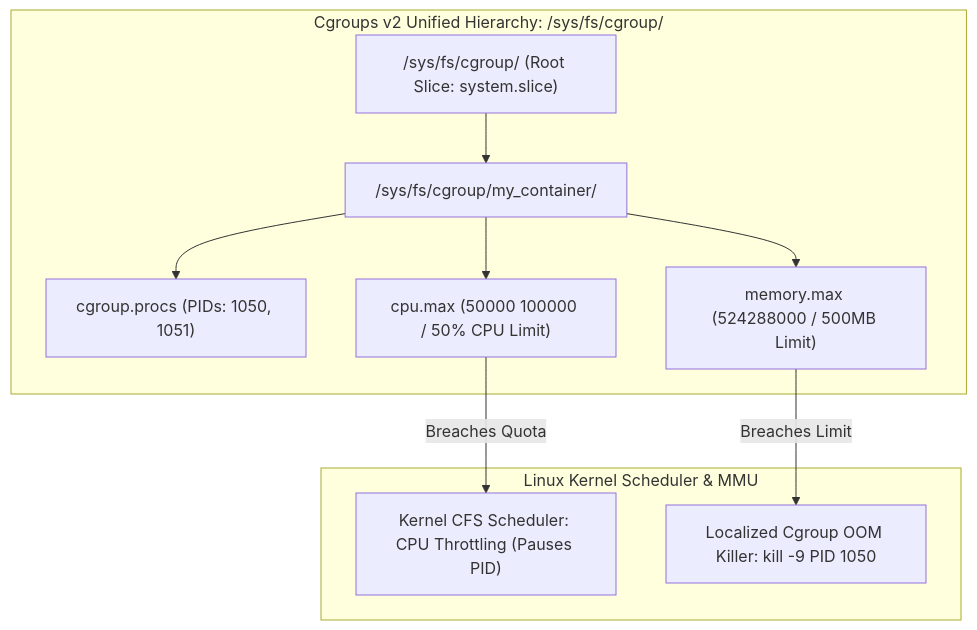
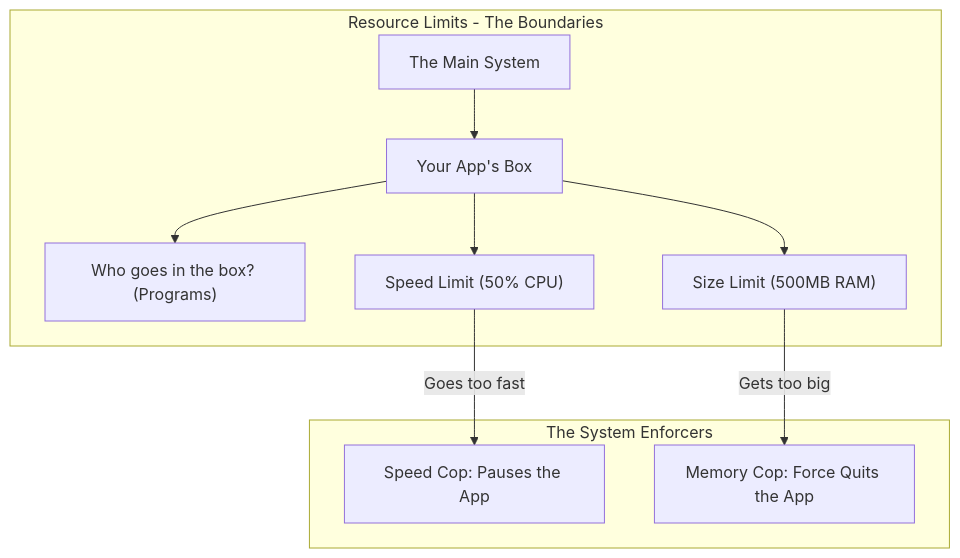
One commit to aloysiuspattath/platform-engineering-ai-course changed the diagram in website/pages/modules/module-03/lesson-06.md. Above: the diagram before and after it, drawn with Mermaid. The commit also changed other lines of this file and 56 other files, not shown here.

Commit message:
refactor: simplify all architecture diagrams and explanations to layman's terms via AI subagent swarm

````diff
--- a/website/pages/modules/module-03/lesson-06.md
+++ b/website/pages/modules/module-03/lesson-06.md
@@ -89,14 +89,14 @@
 ```mermaid
 flowchart TD
-    subgraph SysCgroupFS [Cgroups v2 Unified Hierarchy: /sys/fs/cgroup/]
-        ROOT["/sys/fs/cgroup/ (Root Slice: system.slice)"] --> CG_APP["/sys/fs/cgroup/my_container/"]
-        CG_APP --> PROCS["cgroup.procs (PIDs: 1050, 1051)"]
-        CG_APP --> CPU["cpu.max (50000 100000 / 50% CPU Limit)"]
-        CG_APP --> MEM["memory.max (524288000 / 500MB Limit)"]
+    subgraph SysCgroupFS [Resource Limits - The Boundaries]
+        ROOT["The Main System"] --> CG_APP["Your App's Box"]
+        CG_APP --> PROCS["Who goes in the box? (Programs)"]
+        CG_APP --> CPU["Speed Limit (50% CPU)"]
+        CG_APP --> MEM["Size Limit (500MB RAM)"]
     end
 
-    subgraph KernelEnforcement [Linux Kernel Scheduler & MMU]
-        CPU -->|Breaches Quota| THROTTLE["Kernel CFS Scheduler: CPU Throttling (Pauses PID)"]
-        MEM -->|Breaches Limit| CG_OOM["Localized Cgroup OOM Killer: kill -9 PID 1050"]
+    subgraph KernelEnforcement [The System Enforcers]
+        CPU -->|Goes too fast| THROTTLE["Speed Cop: Pauses the App"]
+        MEM -->|Gets too big| CG_OOM["Memory Cop: Force Quits the App"]
     end
 ```
````
